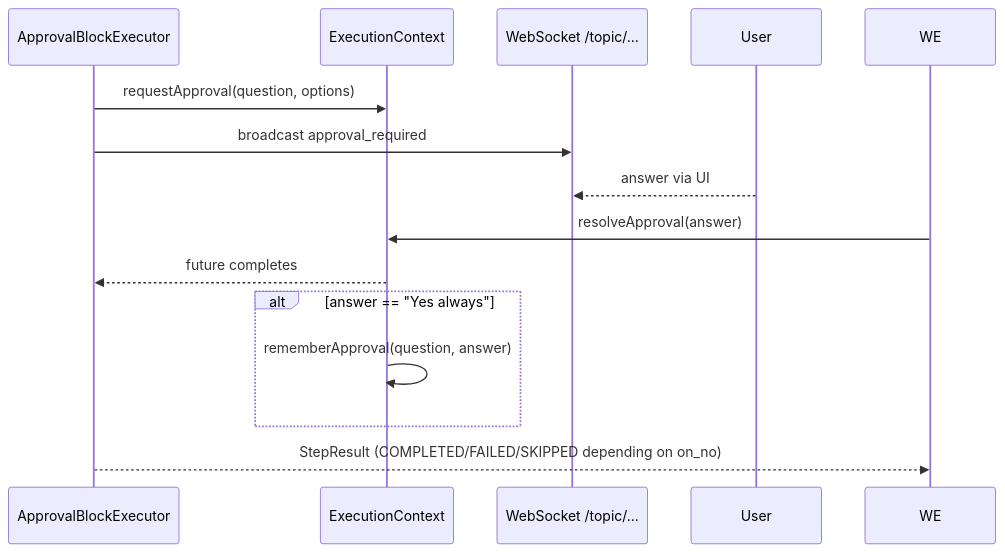
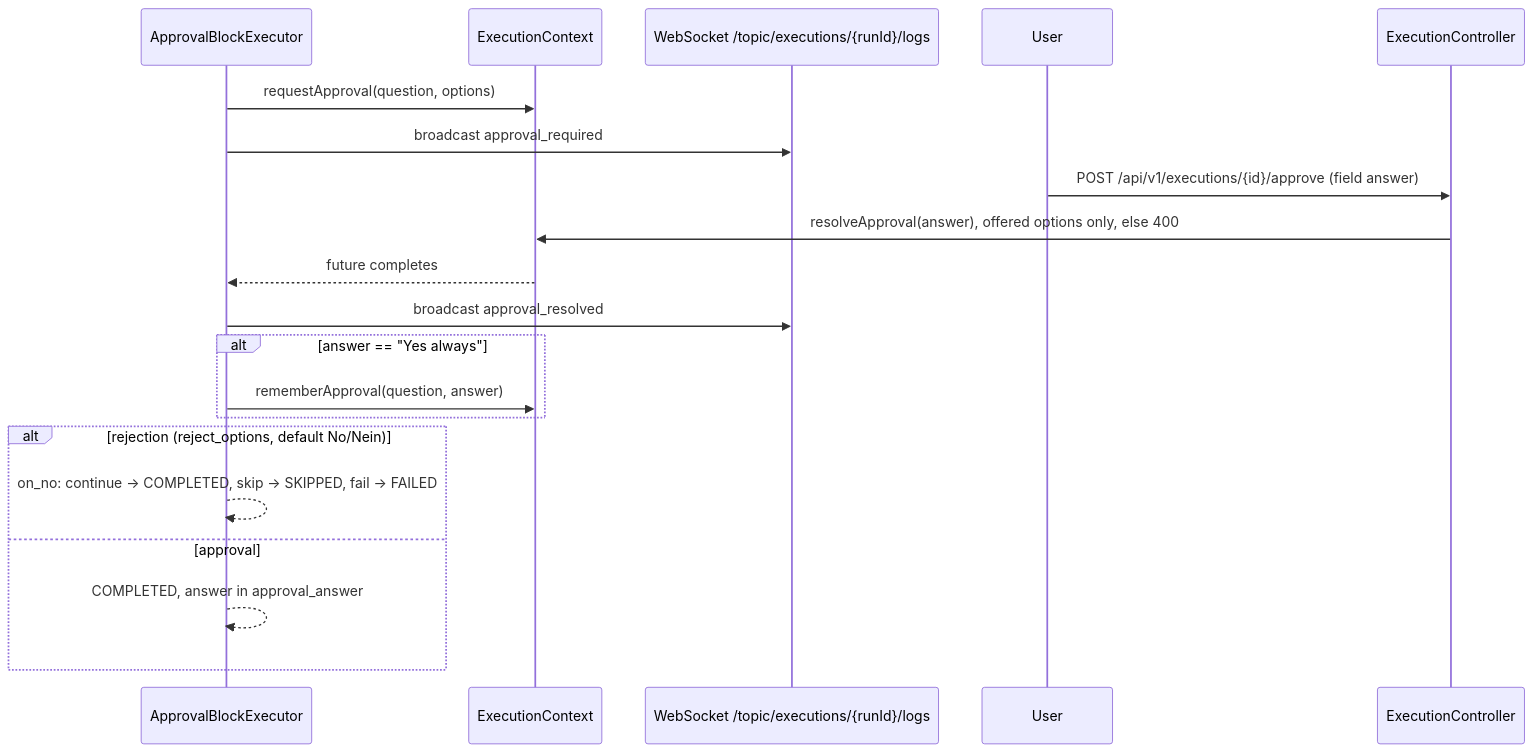
Before and after one commit to FLSEST/MySuricates: the fourth of 4 diagrams in docs/en/workflow-control-diagrams.md, drawn with Mermaid. The commit also changed other lines of this file and 4 other files, not shown here.

First line of the commit message:
docs(diagramme): Control page knows all run statuses and the real approval path

````diff
--- a/docs/en/workflow-control-diagrams.md
+++ b/docs/en/workflow-control-diagrams.md
@@ -55,17 +71,23 @@
 ```mermaid
 sequenceDiagram
     participant BE as ApprovalBlockExecutor
     participant CTX as ExecutionContext
-    participant WS as WebSocket /topic/...
+    participant WS as WebSocket /topic/executions/{runId}/logs
     participant USER as User
+    participant API as ExecutionController
 
     BE->>CTX: requestApproval(question, options)
     BE->>WS: broadcast approval_required
-    USER-->>WS: answer via UI
-    WE->>CTX: resolveApproval(answer)
+    USER->>API: POST /api/v1/executions/{id}/approve (field answer)
+    API->>CTX: resolveApproval(answer), offered options only, else 400
     CTX-->>BE: future completes
+    BE->>WS: broadcast approval_resolved
     alt answer == "Yes always"
-        CTX->>CTX: rememberApproval(question, answer)
+        BE->>CTX: rememberApproval(question, answer)
     end
-    BE-->>WE: StepResult (COMPLETED/FAILED/SKIPPED depending on on_no)
+    alt rejection (reject_options, default No/Nein)
+        BE-->>BE: on_no: continue → COMPLETED, skip → SKIPPED, fail → FAILED
+    else approval
+        BE-->>BE: COMPLETED, answer in approval_answer
+    end
 ```
````
